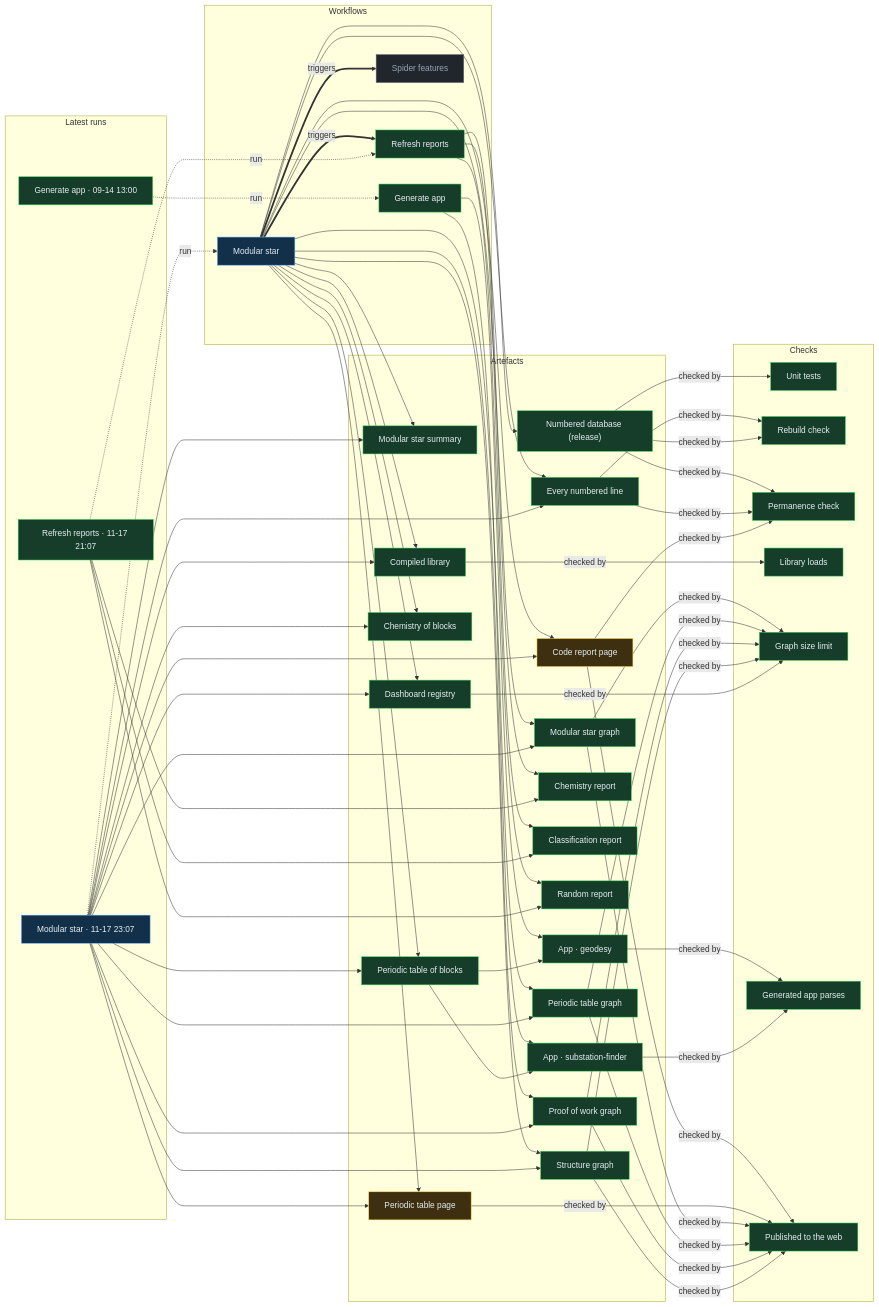
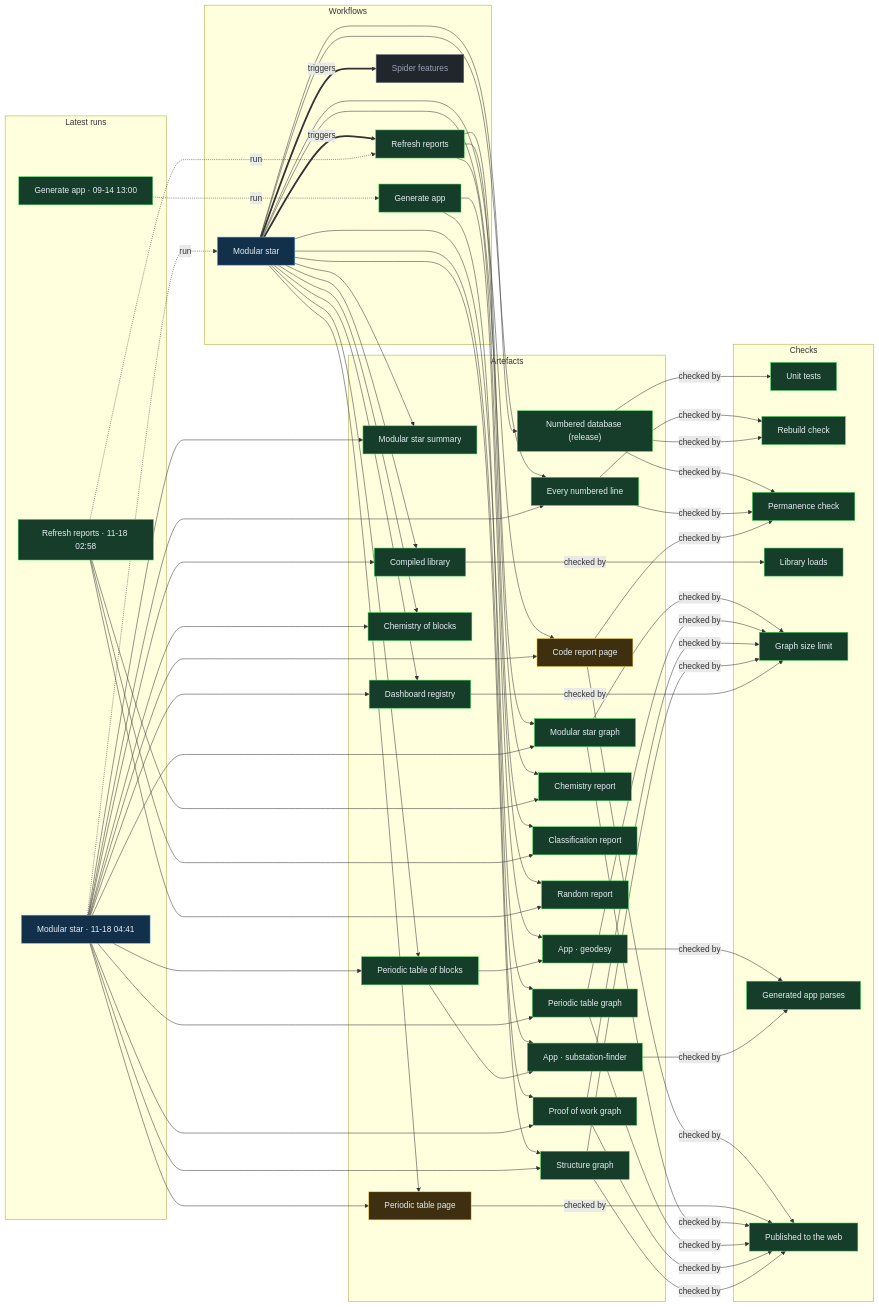
One commit to Ventusltd/stars changed the diagram in proof/PROOF.md. Above: the diagram before and after it, drawn with Mermaid. The commit also changed other lines of this file and 262 other files, not shown here.

Commit message:
Modular star 2026-11-18T04:43Z

```diff
--- a/proof/PROOF.md
+++ b/proof/PROOF.md
@@ -24,8 +24,8 @@
   n_wf_spider_features["Spider features"]:::off
   end
   subgraph g_runs["Latest runs"]
-  n_run_44196512525["Modular star · 11-17 23:07"]:::live
-  n_run_44176487205["Refresh reports · 11-17 21:07"]:::ok
+  n_run_44239025496["Modular star · 11-18 04:41"]:::live
+  n_run_44227066266["Refresh reports · 11-18 02:58"]:::ok
   n_run_34846587798["Generate app · 09-14 13:00"]:::ok
   end
   subgraph g_artefacts["Artefacts"]
@@ -59,39 +59,39 @@
   end
   n_wf_modular_star == triggers ==> n_wf_refresh
   n_wf_modular_star == triggers ==> n_wf_spider_features
-  n_run_44196512525 -. run .-> n_wf_modular_star
-  n_run_44176487205 -. run .-> n_wf_refresh
+  n_run_44239025496 -. run .-> n_wf_modular_star
+  n_run_44227066266 -. run .-> n_wf_refresh
   n_run_34846587798 -. run .-> n_wf_generate
   n_wf_modular_star --> n_art_summary
-  n_run_44196512525 --> n_art_summary
+  n_run_44239025496 --> n_art_summary
   n_wf_modular_star --> n_art_lines
-  n_run_44196512525 --> n_art_lines
+  n_run_44239025496 --> n_art_lines
   n_wf_modular_star --> n_art_code
-  n_run_44196512525 --> n_art_code
+  n_run_44239025496 --> n_art_code
   n_wf_modular_star --> n_art_modular_graph
-  n_run_44196512525 --> n_art_modular_graph
+  n_run_44239025496 --> n_art_modular_graph
   n_wf_modular_star --> n_art_blocks
-  n_run_44196512525 --> n_art_blocks
+  n_run_44239025496 --> n_art_blocks
   n_wf_modular_star --> n_art_table
-  n_run_44196512525 --> n_art_table
+  n_run_44239025496 --> n_art_table
   n_wf_modular_star --> n_art_blocks_graph
-  n_run_44196512525 --> n_art_blocks_graph
+  n_run_44239025496 --> n_art_blocks_graph
   n_wf_modular_star --> n_art_reactions
-  n_run_44196512525 --> n_art_reactions
+  n_run_44239025496 --> n_art_reactions
   n_wf_modular_star --> n_art_library
-  n_run_44196512525 --> n_art_library
+  n_run_44239025496 --> n_art_library
   n_wf_modular_star --> n_art_features
-  n_run_44196512525 --> n_art_features
+  n_run_44239025496 --> n_art_features
   n_wf_modular_star --> n_art_proof
-  n_run_44196512525 --> n_art_proof
+  n_run_44239025496 --> n_art_proof
   n_wf_modular_star --> n_art_structure
-  n_run_44196512525 --> n_art_structure
+  n_run_44239025496 --> n_art_structure
   n_wf_refresh --> n_art_chemistry
-  n_run_44176487205 --> n_art_chemistry
+  n_run_44227066266 --> n_art_chemistry
   n_wf_refresh --> n_art_vedic
-  n_run_44176487205 --> n_art_vedic
+  n_run_44227066266 --> n_art_vedic
   n_wf_refresh --> n_art_random
-  n_run_44176487205 --> n_art_random
+  n_run_44227066266 --> n_art_random
   n_wf_modular_star --> n_art_release
   n_wf_generate --> n_app_geodesy
   n_art_blocks --> n_app_geodesy
```
